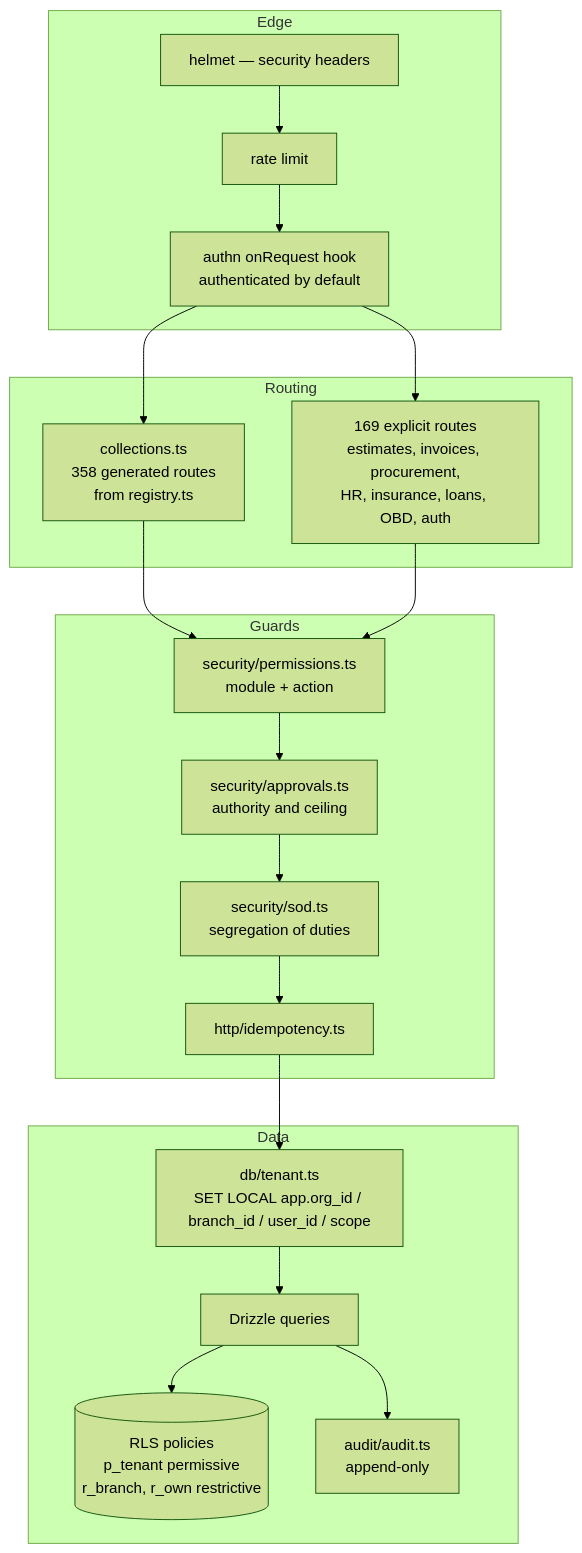
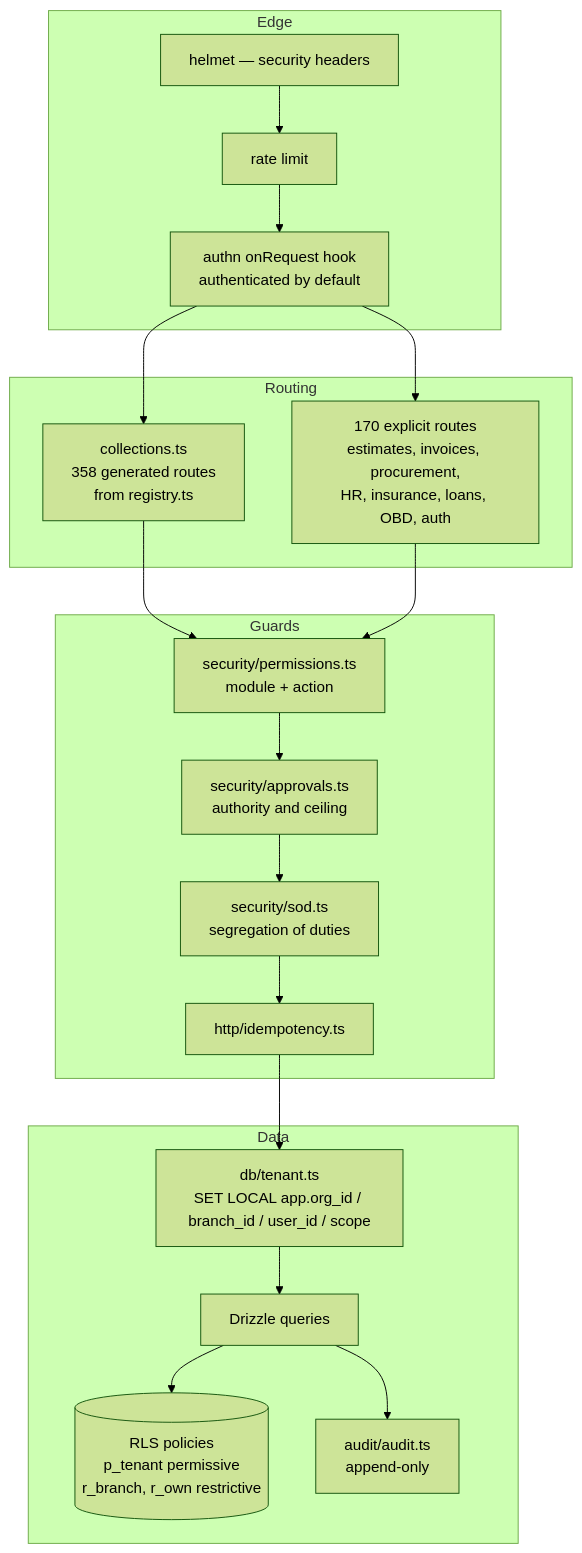
One commit to tazamohd/SlClNe changed the third of 4 diagrams in docs/15_C4_ARCHITECTURE_DIAGRAMS/C4_MODEL.md. Above: the diagram before and after it, drawn with Mermaid (forest theme). The commit also changed other lines of this file and 44 other files, not shown here.

````diff
--- a/docs/15_C4_ARCHITECTURE_DIAGRAMS/C4_MODEL.md
+++ b/docs/15_C4_ARCHITECTURE_DIAGRAMS/C4_MODEL.md
@@ -60,29 +60,29 @@
 ```mermaid
 flowchart TB
   subgraph edge[Edge]
     helmet["helmet — security headers"]
     rl["rate limit"]
     authn["authn onRequest hook<br/>authenticated by default"]
   end
   subgraph routing[Routing]
     generic["collections.ts<br/>358 generated routes<br/>from registry.ts"]
-    explicit["169 explicit routes<br/>estimates, invoices, procurement,<br/>HR, insurance, loans, OBD, auth"]
+    explicit["170 explicit routes<br/>estimates, invoices, procurement,<br/>HR, insurance, loans, OBD, auth"]
   end
   subgraph guards[Guards]
     perms["security/permissions.ts<br/>module + action"]
     approvals["security/approvals.ts<br/>authority and ceiling"]
     sod["security/sod.ts<br/>segregation of duties"]
     idem["http/idempotency.ts"]
   end
   subgraph data[Data]
     tenant["db/tenant.ts<br/>SET LOCAL app.org_id / branch_id / user_id / scope"]
     drizzle["Drizzle queries"]
     rls[("RLS policies<br/>p_tenant permissive<br/>r_branch, r_own restrictive")]
     audit["audit/audit.ts<br/>append-only"]
   end
   helmet --> rl --> authn --> generic
   authn --> explicit
   generic --> perms
   explicit --> perms --> approvals --> sod --> idem --> tenant --> drizzle --> rls
   drizzle --> audit
 ```
````
